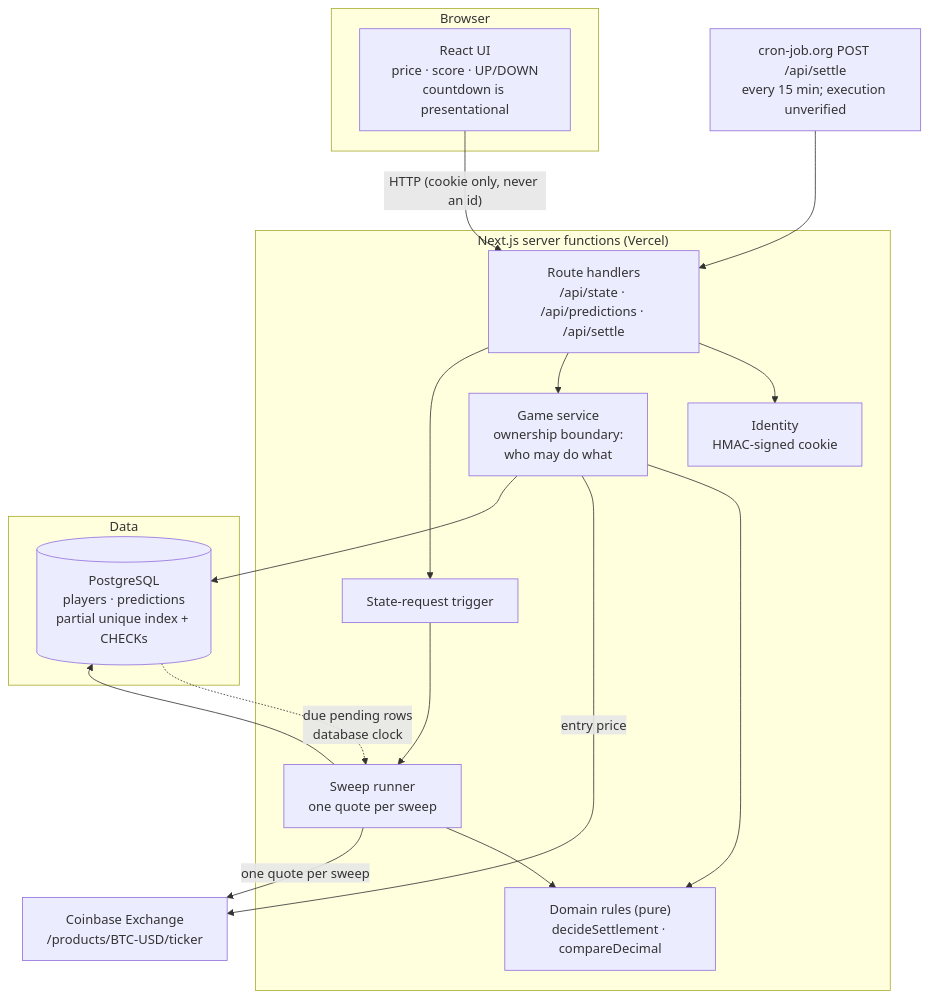
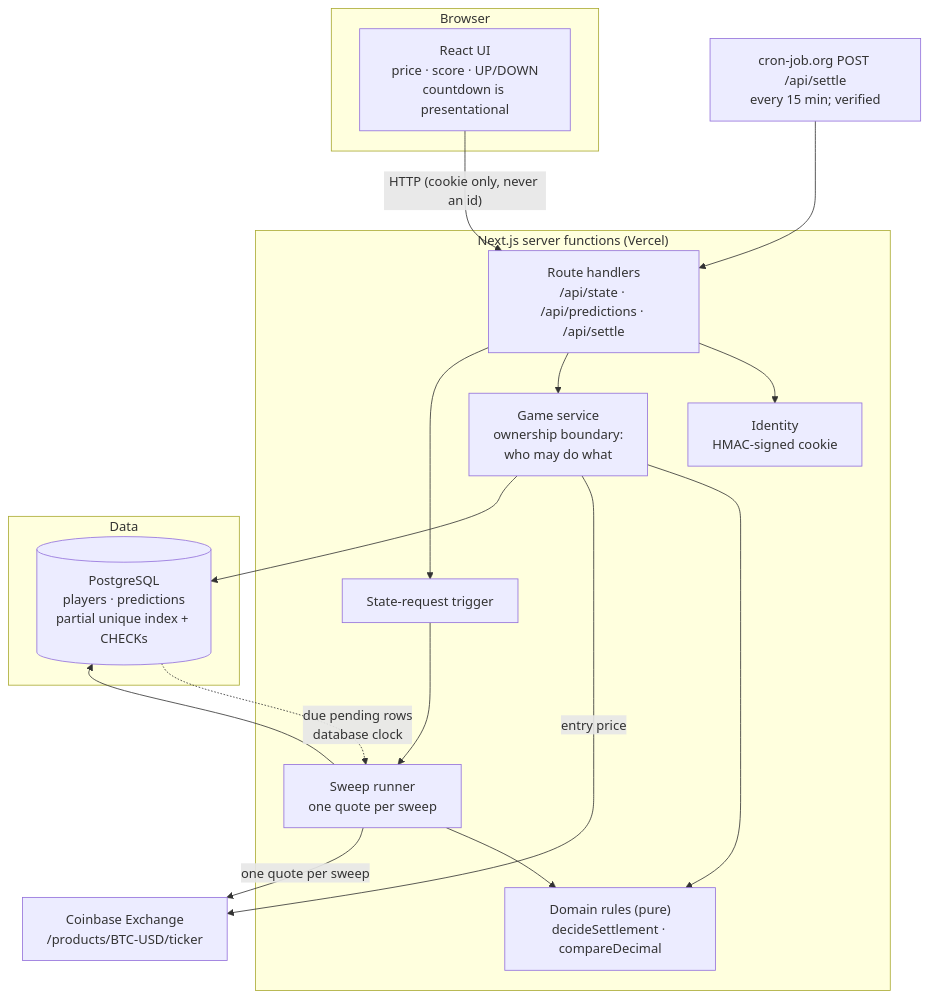
Before and after one commit to hitchcock9000/bitcoin-prediction-game: the first of 2 diagrams in README.md, drawn with Mermaid. The commit also changed other lines of this file and 2 other files, not shown here.

Commit message:
Record verified external settlement cron

````diff
--- a/README.md
+++ b/README.md
@@ -260,36 +268,36 @@
 ```mermaid
 flowchart TB
   subgraph browser["Browser"]
     UI["React UI<br/>price · score · UP/DOWN<br/>countdown is presentational"]
   end
 
   subgraph server["Next.js server functions (Vercel)"]
     API["Route handlers<br/>/api/state · /api/predictions · /api/settle"]
     SVC["Game service<br/>ownership boundary:<br/>who may do what"]
     RULES["Domain rules (pure)<br/>decideSettlement · compareDecimal"]
     SCHED["State-request trigger"]
     SWEEP["Sweep runner<br/>one quote per sweep"]
     IDENT["Identity<br/>HMAC-signed cookie"]
   end
 
   subgraph data["Data"]
     DB[("PostgreSQL<br/>players · predictions<br/>partial unique index + CHECKs")]
   end
 
   COINBASE["Coinbase Exchange<br/>/products/BTC-USD/ticker"]
-  CRON["cron-job.org POST /api/settle<br/>every 15 min; execution unverified"]
+  CRON["cron-job.org POST /api/settle<br/>every 15 min; verified"]
 
   UI -->|"HTTP (cookie only, never an id)"| API
   API --> IDENT
   API --> SVC
   API --> SCHED
   CRON --> API
   SVC --> RULES
   SVC -->|"entry price"| COINBASE
   SVC --> DB
   SCHED --> SWEEP
   SWEEP --> RULES
   SWEEP -->|"one quote per sweep"| COINBASE
   SWEEP --> DB
   DB -.->|"due pending rows<br/>database clock"| SWEEP
 ```
````
